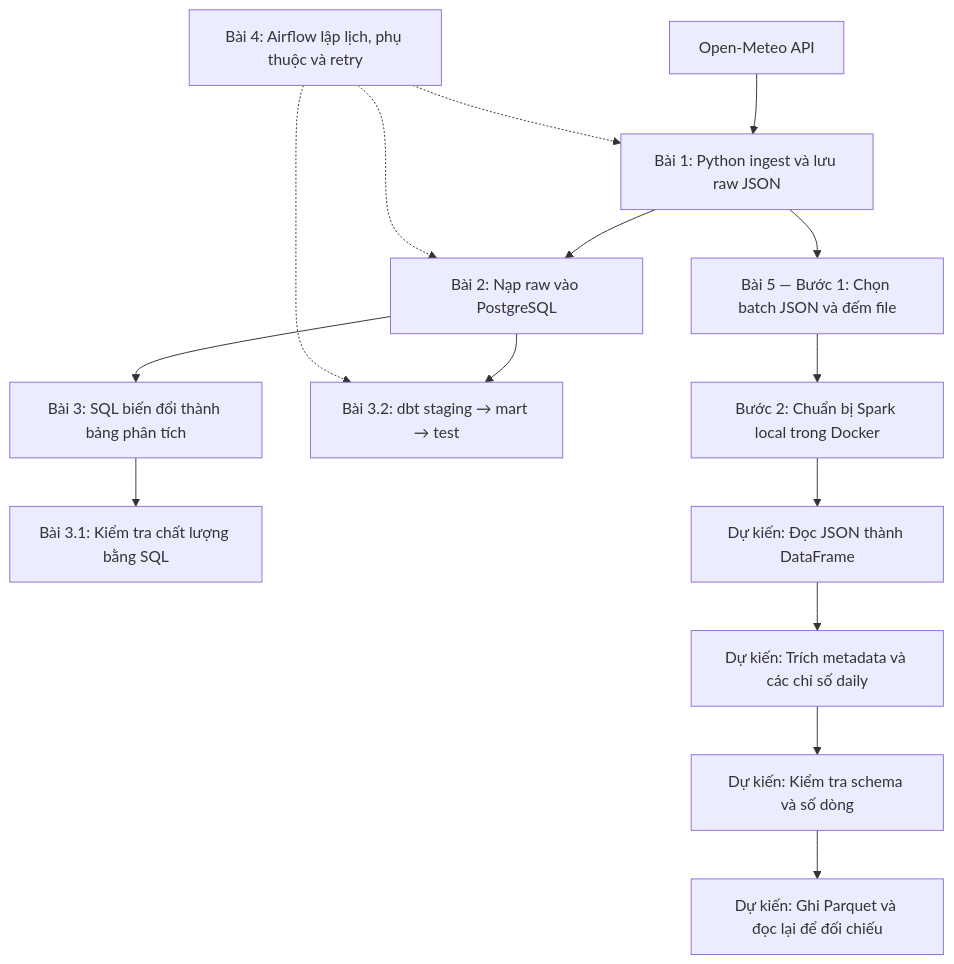
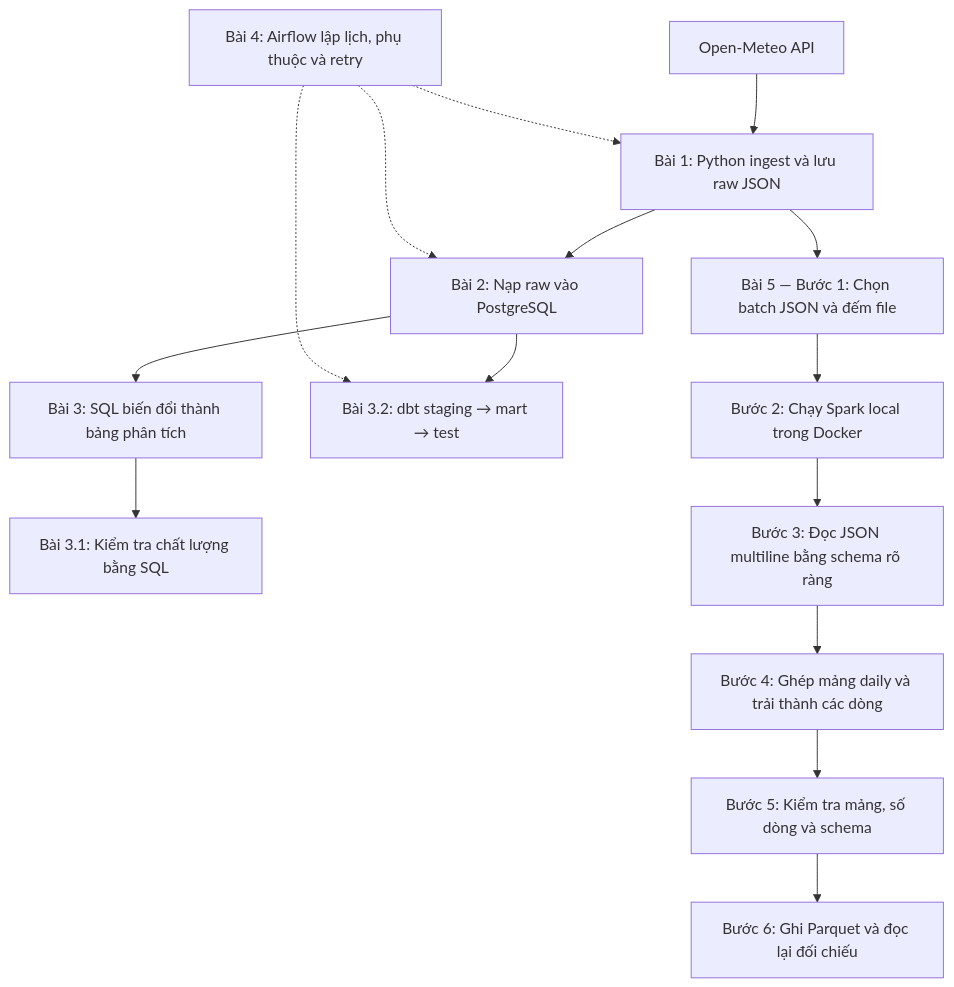
One commit to tuongbuidev/how-to-become-a-data-engineer changed the diagram in spark/README.md. Above: the diagram before and after it, drawn with Mermaid. The commit also changed other lines of this file and 3 other files, not shown here.

````diff
--- a/spark/README.md
+++ b/spark/README.md
@@ -9,17 +9,17 @@
 ```mermaid
 flowchart TD
     API["Open-Meteo API"] --> A["Bài 1: Python ingest và lưu raw JSON"]
     A --> B["Bài 2: Nạp raw vào PostgreSQL"]
     B --> C["Bài 3: SQL biến đổi thành bảng phân tích"]
     C --> D["Bài 3.1: Kiểm tra chất lượng bằng SQL"]
     B --> E["Bài 3.2: dbt staging → mart → test"]
     F["Bài 4: Airflow lập lịch, phụ thuộc và retry"] -.-> A
     F -.-> B
     F -.-> E
     A --> G["Bài 5 — Bước 1: Chọn batch JSON và đếm file"]
-    G --> H["Bước 2: Chuẩn bị Spark local trong Docker"]
-    H --> I["Dự kiến: Đọc JSON thành DataFrame"]
-    I --> J["Dự kiến: Trích metadata và các chỉ số daily"]
-    J --> K["Dự kiến: Kiểm tra schema và số dòng"]
-    K --> L["Dự kiến: Ghi Parquet và đọc lại để đối chiếu"]
+    G -->     H["Bước 2: Chạy Spark local trong Docker"]
+    H --> I["Bước 3: Đọc JSON multiline bằng schema rõ ràng"]
+    I --> J["Bước 4: Ghép mảng daily và trải thành các dòng"]
+    J --> K["Bước 5: Kiểm tra mảng, số dòng và schema"]
+    K --> L["Bước 6: Ghi Parquet và đọc lại đối chiếu"]
 ```
````
